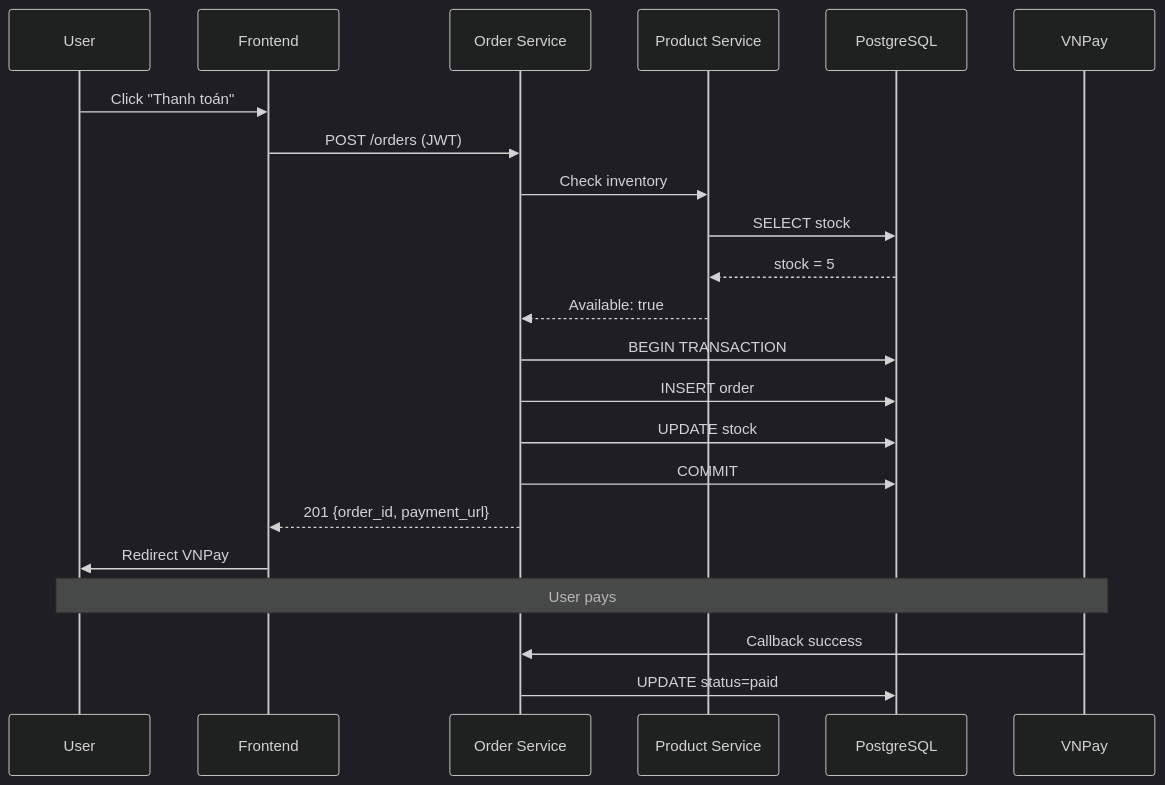
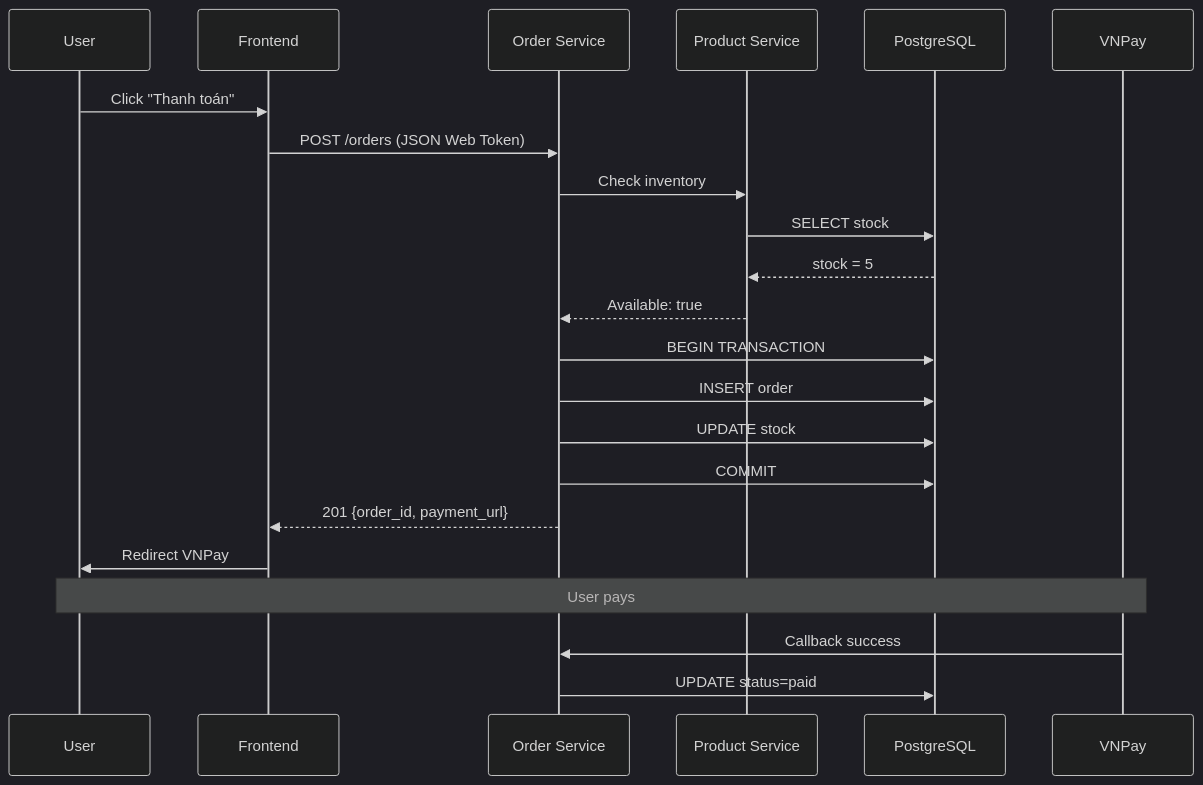
Before and after one commit to chungminhtu/S--tay-SA--Solution-Architect-: the tenth of 23 diagrams in So_tay_SA_VN.md, drawn with Mermaid (dark theme). The commit also changed other lines of this file, not shown here.

````diff
--- a/So_tay_SA_VN.md
+++ b/So_tay_SA_VN.md
@@ -1647,29 +1647,29 @@
 ```mermaid
 sequenceDiagram
     participant U as User
     participant FE as Frontend
     participant OS as Order Service
     participant PS as Product Service
     participant DB as PostgreSQL
     participant PAY as VNPay
 
     U->>FE: Click "Thanh toán"
-    FE->>OS: POST /orders (JWT)
+    FE->>OS: POST /orders (JSON Web Token)
     OS->>PS: Check inventory
     PS->>DB: SELECT stock
     DB-->>PS: stock = 5
     PS-->>OS: Available: true
 
     OS->>DB: BEGIN TRANSACTION
     OS->>DB: INSERT order
     OS->>DB: UPDATE stock
     OS->>DB: COMMIT
 
     OS-->>FE: 201 {order_id, payment_url}
     FE->>U: Redirect VNPay
 
     Note over U,PAY: User pays
 
     PAY->>OS: Callback success
     OS->>DB: UPDATE status=paid
 ```
````
